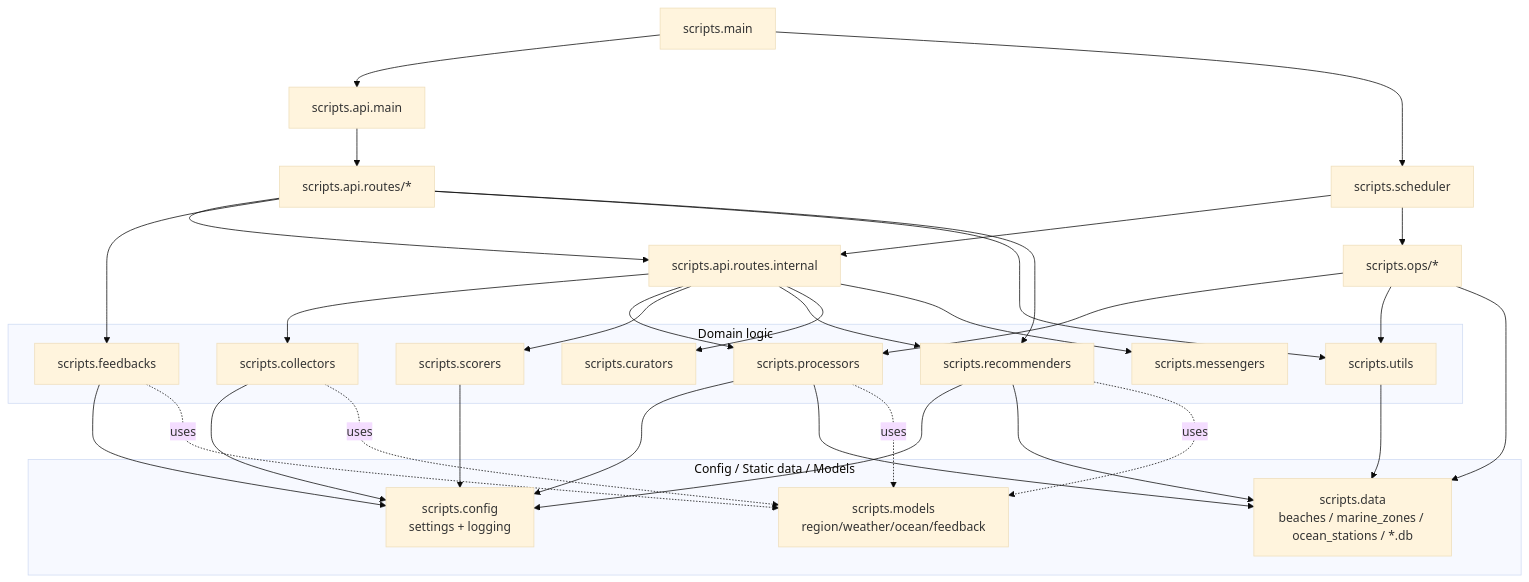
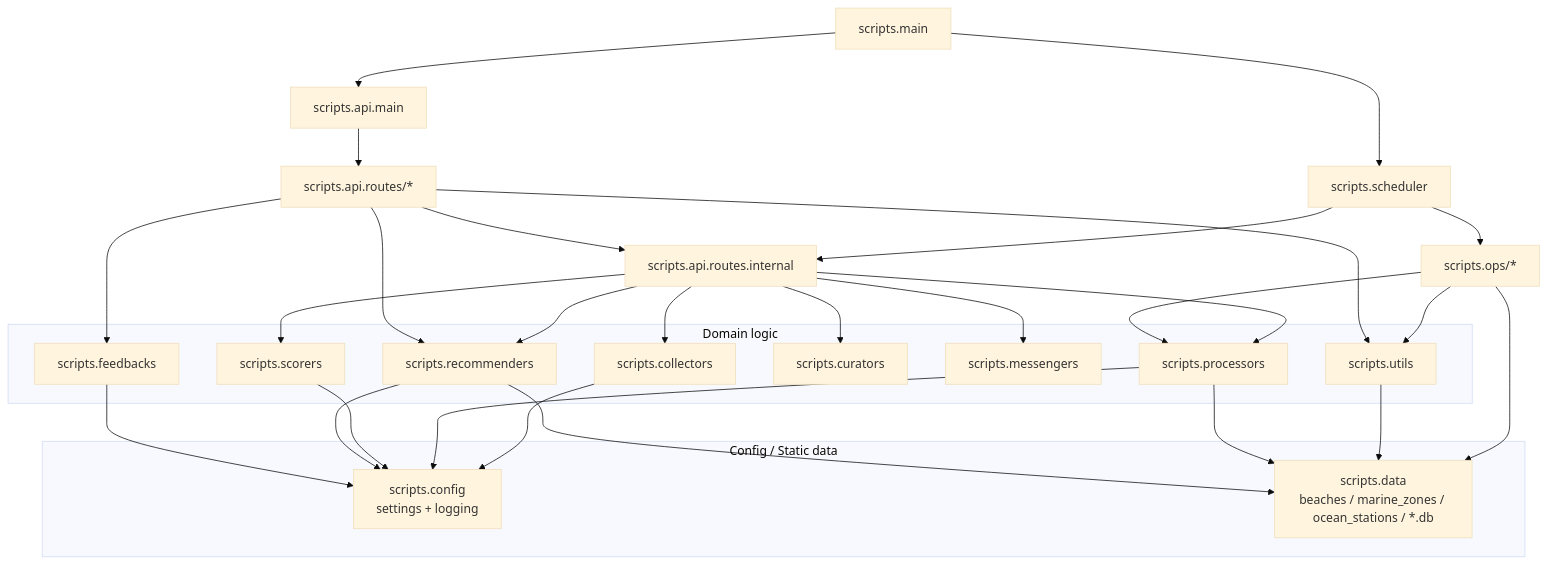
The seventh of 8 diagrams in CLAUDE.md (Donghun1q2w/weather_lens), drawn with Mermaid (base theme) before and after one commit. The commit also changed other lines of this file and 14 other files, not shown here.

````diff
--- a/CLAUDE.md
+++ b/CLAUDE.md
@@ -263,61 +261,56 @@
 ```mermaid
 flowchart TB
     main[scripts.main]
     sch[scripts.scheduler]
     apim[scripts.api.main]
     routes[scripts.api.routes/*]
     intnl[scripts.api.routes.internal]
     ops[scripts.ops/*]
 
     main --> apim --> routes
     main --> sch
     sch --> intnl
     sch --> ops
     routes --> intnl
 
     subgraph Domain["Domain logic"]
         col[scripts.collectors]
         proc[scripts.processors]
         sco[scripts.scorers]
         rec[scripts.recommenders]
         cur[scripts.curators]
         msg[scripts.messengers]
         fb[scripts.feedbacks]
         utl[scripts.utils]
     end
 
-    subgraph Static["Config / Static data / Models"]
+    subgraph Static["Config / Static data"]
         cfg[scripts.config<br/>settings + logging]
         dat[scripts.data<br/>beaches / marine_zones / ocean_stations / *.db]
-        mod[scripts.models<br/>region/weather/ocean/feedback]
     end
 
     intnl --> col
     intnl --> proc
     intnl --> sco
     intnl --> rec
     intnl --> cur
     intnl --> msg
 
     ops --> proc
     ops --> utl
     ops --> dat
 
     routes --> fb
     routes --> utl
     routes --> rec
 
     col --> cfg
     proc --> cfg
     sco --> cfg
     rec --> cfg
     fb --> cfg
     utl --> dat
     proc --> dat
     rec --> dat
 
-    col -. uses .-> mod
-    proc -. uses .-> mod
-    rec -. uses .-> mod
-    fb -. uses .-> mod
 ```
````
